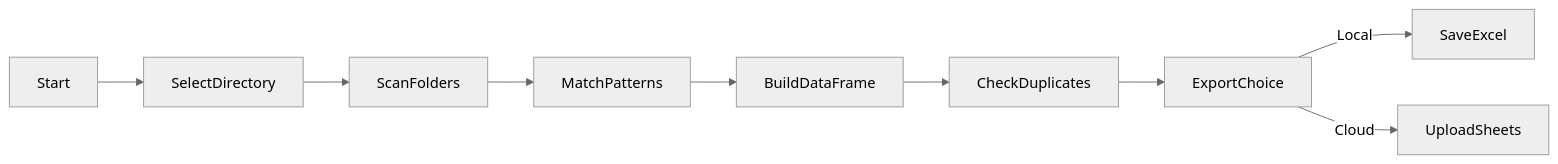
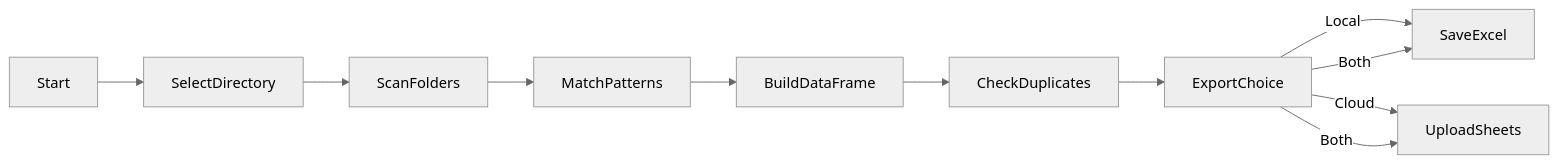
The second of 2 diagrams in README.md (0utLawzz/Drive-Data), drawn with Mermaid (neutral theme) before and after one commit. The commit also changed other lines of this file and 1 other file, not shown here.

````diff
--- a/README.md
+++ b/README.md
@@ -74,11 +93,12 @@
 ```mermaid
 flowchart LR
     Start --> SelectDirectory
     SelectDirectory --> ScanFolders
     ScanFolders --> MatchPatterns
     MatchPatterns --> BuildDataFrame
     BuildDataFrame --> CheckDuplicates
     CheckDuplicates --> ExportChoice
     ExportChoice -->|Local| SaveExcel
     ExportChoice -->|Cloud| UploadSheets
+    ExportChoice -->|Both| SaveExcel & UploadSheets
 ```
````
